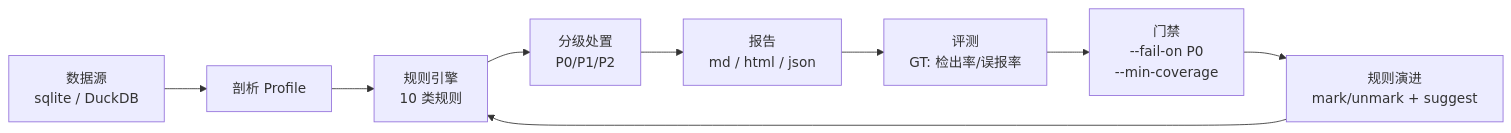
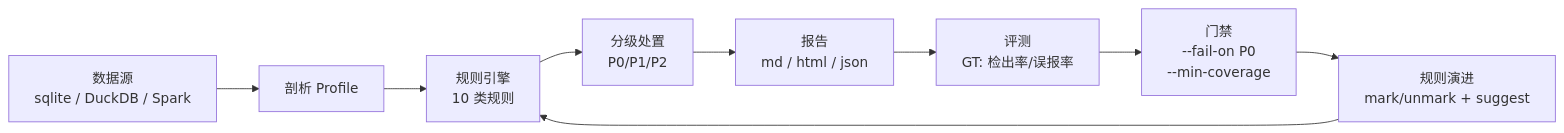
The diagram in docs/interview-guide.md (Wangwenbo0523/Wangwenbo0523), drawn with Mermaid before and after one commit. The commit also changed other lines of this file and 10 other files, not shown here.

````diff
--- a/docs/interview-guide.md
+++ b/docs/interview-guide.md
@@ -58,11 +58,11 @@
 ```mermaid
 flowchart LR
-    A[数据源<br/>sqlite / DuckDB] --> B[剖析 Profile]
+    A[数据源<br/>sqlite / DuckDB / Spark] --> B[剖析 Profile]
     B --> C[规则引擎<br/>10 类规则]
     C --> D[分级处置<br/>P0/P1/P2]
     D --> E[报告<br/>md / html / json]
     E --> F[评测<br/>GT: 检出率/误报率]
     F --> G[门禁<br/>--fail-on P0<br/>--min-coverage]
     G --> H[规则演进<br/>mark/unmark + suggest]
     H --> C
 ```
````
